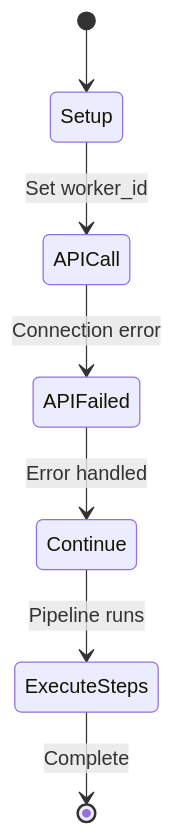
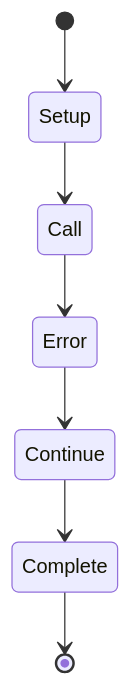
One commit to wisrovi/wpipe changed the fourth of 5 diagrams in examples/api_pipeline/04_api_errors/README.md. Above: the diagram before and after it, drawn with Mermaid. The commit also changed other lines of this file and 20 other files, not shown here.

First line of the commit message:
Simplify Mermaid diagrams for better rendering

````diff
--- a/examples/api_pipeline/04_api_errors/README.md
+++ b/examples/api_pipeline/04_api_errors/README.md
@@ -63,9 +58,9 @@
 ```mermaid
 stateDiagram-v2
     [*] --> Setup
-    Setup --> APICall: Set worker_id
-    APICall --> APIFailed: Connection error
-    APIFailed --> Continue: Error handled
-    Continue --> ExecuteSteps: Pipeline runs
-    ExecuteSteps --> [*]: Complete
+    Setup --> Call
+    Call --> Error
+    Error --> Continue
+    Continue --> Complete
+    Complete --> [*]
 ```
````
